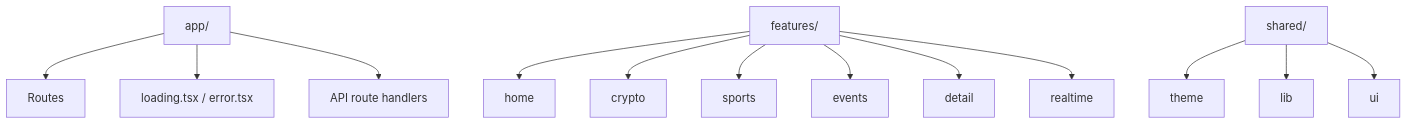
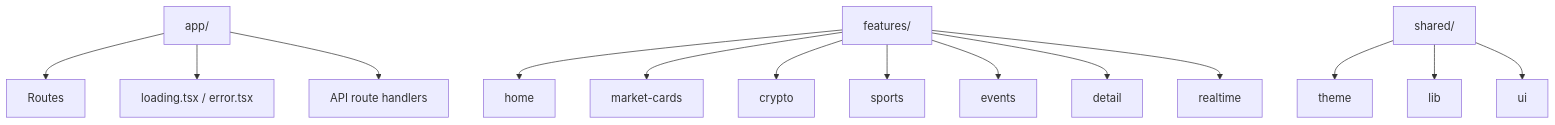
The second of 2 diagrams in README.md (TsurDrori/polymarket-clone), drawn with Mermaid before and after one commit. The commit also changed other lines of this file, not shown here.

````diff
--- a/README.md
+++ b/README.md
@@ -86,17 +90,18 @@
 ```mermaid
 flowchart TD
   A["app/"] --> A1["Routes"]
   A["app/"] --> A2["loading.tsx / error.tsx"]
   A["app/"] --> A3["API route handlers"]
 
   B["features/"] --> B1["home"]
-  B["features/"] --> B2["crypto"]
-  B["features/"] --> B3["sports"]
-  B["features/"] --> B4["events"]
-  B["features/"] --> B5["detail"]
-  B["features/"] --> B6["realtime"]
+  B["features/"] --> B2["market-cards"]
+  B["features/"] --> B3["crypto"]
+  B["features/"] --> B4["sports"]
+  B["features/"] --> B5["events"]
+  B["features/"] --> B6["detail"]
+  B["features/"] --> B7["realtime"]
 
   C["shared/"] --> C1["theme"]
   C["shared/"] --> C2["lib"]
   C["shared/"] --> C3["ui"]
 ```
````
